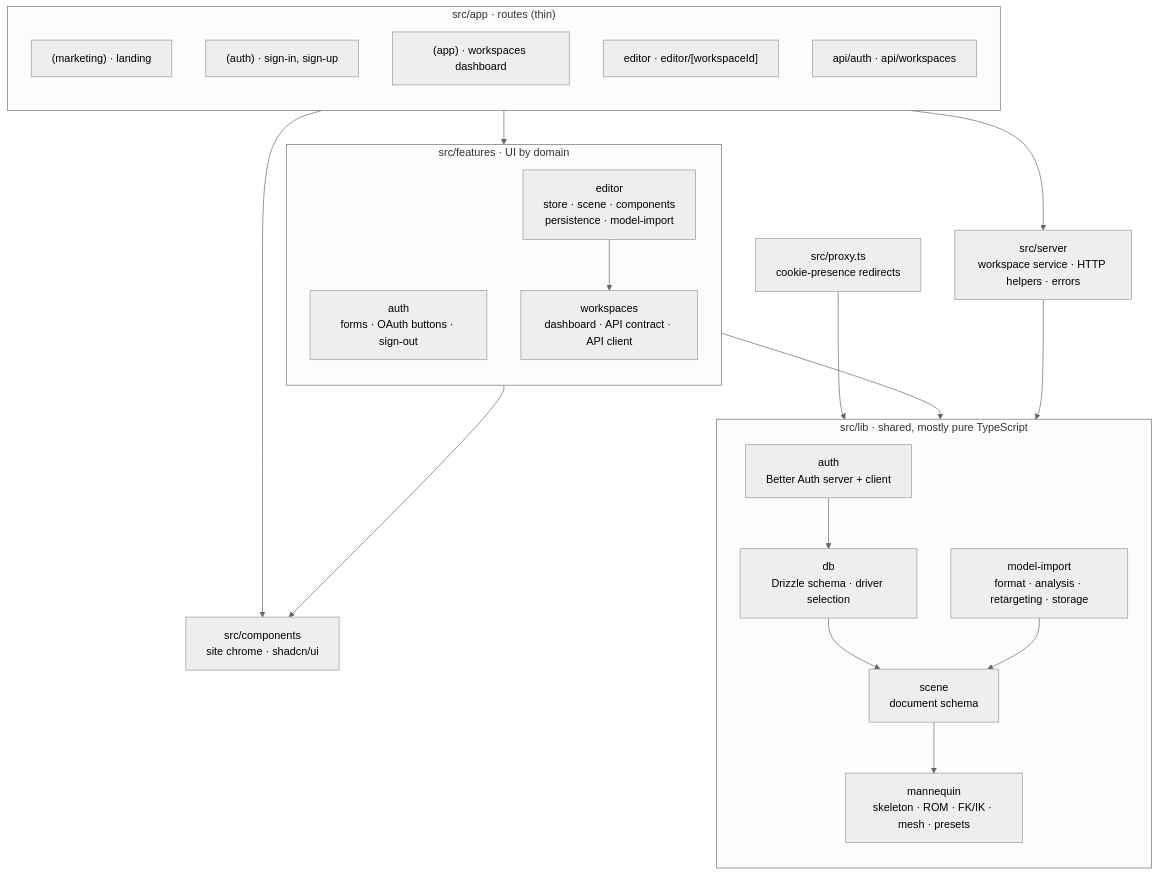
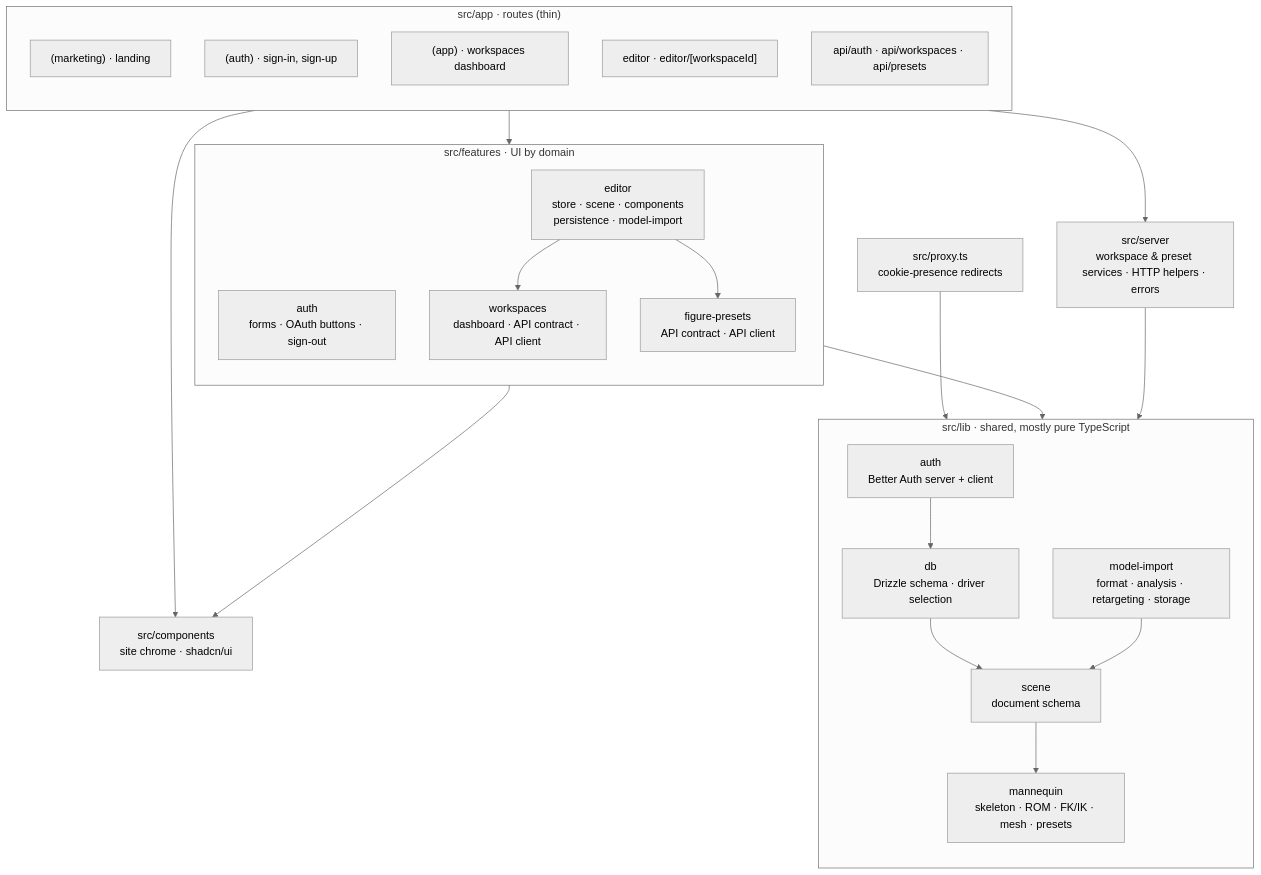
One commit to QuocThai-254/artikin changed the diagram in docs/diagrams/02-module-dependencies.mmd. Above: the diagram before and after it, drawn with Mermaid (neutral theme). The commit also changed 15 other files, not shown here.

```diff
--- a/docs/diagrams/02-module-dependencies.mmd
+++ b/docs/diagrams/02-module-dependencies.mmd
@@ -1,39 +1,41 @@
 flowchart TB
   proxy["src/proxy.ts<br/>cookie-presence redirects"]
   subgraph app["src/app · routes (thin)"]
     direction TB
     rMkt["(marketing) · landing"]
     rAuth["(auth) · sign-in, sign-up"]
     rDash["(app) · workspaces dashboard"]
     rEd["editor · editor/[workspaceId]"]
-    rApi["api/auth · api/workspaces"]
+    rApi["api/auth · api/workspaces · api/presets"]
   end
   subgraph features["src/features · UI by domain"]
     direction TB
     fAuth["auth<br/>forms · OAuth buttons · sign-out"]
     fEd["editor<br/>store · scene · components<br/>persistence · model-import"]
     fWs["workspaces<br/>dashboard · API contract · API client"]
+    fPre["figure-presets<br/>API contract · API client"]
   end
   comps["src/components<br/>site chrome · shadcn/ui"]
-  server["src/server<br/>workspace service · HTTP helpers · errors"]
+  server["src/server<br/>workspace & preset services · HTTP helpers · errors"]
   subgraph lib["src/lib · shared, mostly pure TypeScript"]
     direction TB
     lAuth["auth<br/>Better Auth server + client"]
     lModel["model-import<br/>format · analysis · retargeting · storage"]
     lDb["db<br/>Drizzle schema · driver selection"]
     lScene["scene<br/>document schema"]
     lMan["mannequin<br/>skeleton · ROM · FK/IK · mesh · presets"]
   end
 
   app --> features
   app --> comps
   app --> server
   features --> comps
   features --> lib
   fEd --> fWs
+  fEd --> fPre
   server --> lib
   proxy --> lAuth
   lAuth --> lDb
   lDb --> lScene
   lModel --> lScene
   lScene --> lMan
```
